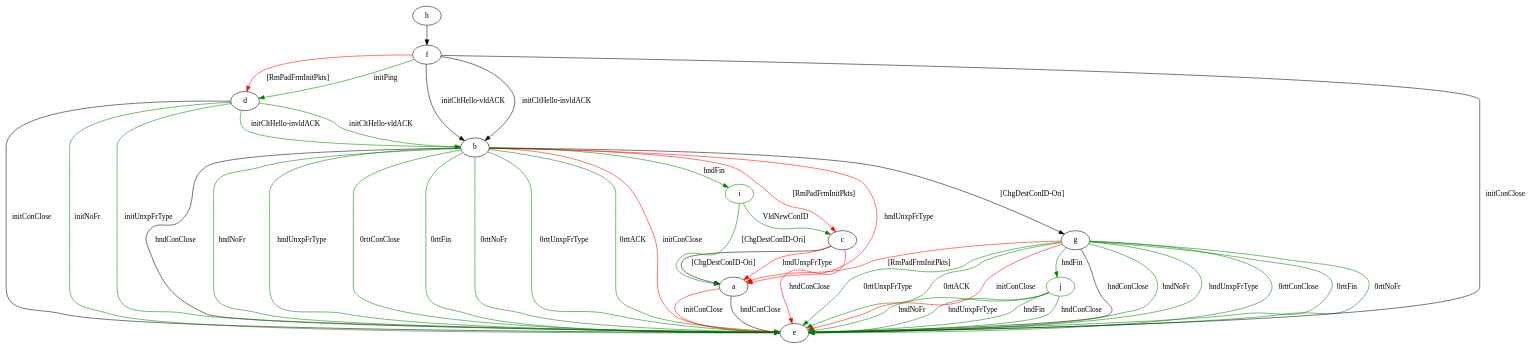
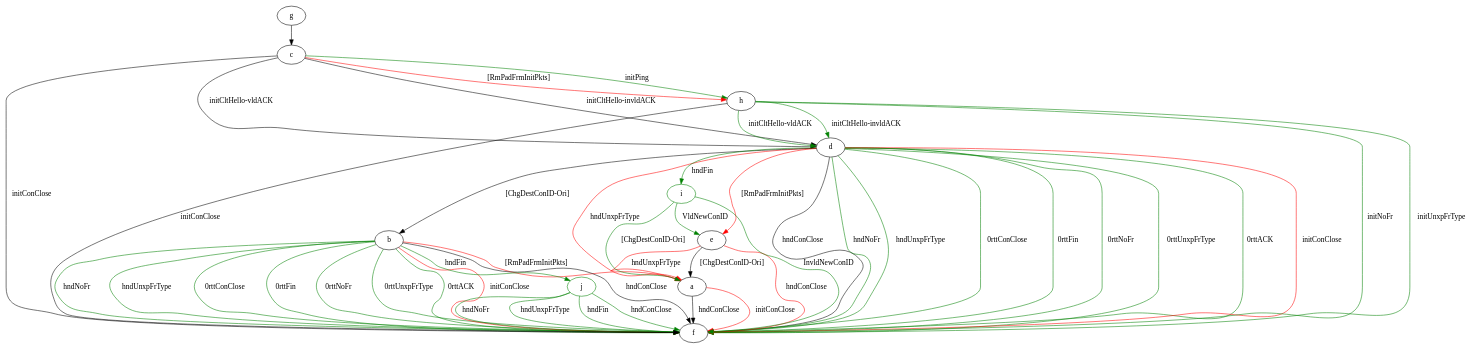
Before and after one commit to QUICTester/QUICTester: the diagram in results/quicheModels/crossCheckResults/quiche-PSK-s-0_vs_pquic-PSK-s-0.dot, drawn with Graphviz. The commit also changed 2030 other files, not shown here.

```diff
--- a/results/quicheModels/crossCheckResults/quiche-PSK-s-0_vs_pquic-PSK-s-0.dot
+++ b/results/quicheModels/crossCheckResults/quiche-PSK-s-0_vs_pquic-PSK-s-0.dot
@@ -1,131 +1,134 @@
 digraph "" {
-	a -> e	[key=0,
+	a -> f	[key=0,
 		label="hndConClose "];
-	a -> e	[key=1,
+	a -> f	[key=1,
 		color=red,
 		label="initConClose "];
 	b -> a	[key=0,
 		color=red,
-		label="hndUnxpFrType "];
-	b -> c	[key=0,
-		color=red,
 		label="[RmPadFrmInitPkts] "];
-	b -> e	[key=0,
+	b -> f	[key=0,
 		label="hndConClose "];
-	b -> e	[key=1,
+	b -> f	[key=1,
 		color=green,
 		label="hndNoFr "];
-	b -> e	[key=2,
+	b -> f	[key=2,
 		color=green,
 		label="hndUnxpFrType "];
-	b -> e	[key=3,
+	b -> f	[key=3,
 		color=green,
 		label="0rttConClose "];
-	b -> e	[key=4,
+	b -> f	[key=4,
 		color=green,
 		label="0rttFin "];
-	b -> e	[key=5,
+	b -> f	[key=5,
 		color=green,
 		label="0rttNoFr "];
-	b -> e	[key=6,
+	b -> f	[key=6,
 		color=green,
 		label="0rttUnxpFrType "];
-	b -> e	[key=7,
+	b -> f	[key=7,
 		color=green,
 		label="0rttACK "];
-	b -> e	[key=8,
-		color=red,
-		label="initConClose "];
-	b -> g	[key=0,
-		label="[ChgDestConID-Ori] "];
-	i	[color=green];
-	b -> i	[key=0,
-		color=green,
-		label="hndFin "];
-	c -> a	[key=0,
-		label="[ChgDestConID-Ori] "];
-	c -> a	[key=1,
-		color=red,
-		label="hndUnxpFrType "];
-	c -> e	[key=0,
-		color=red,
-		label="hndConClose "];
-	d -> b	[key=0,
-		color=green,
-		label="initCltHello-vldACK "];
-	d -> b	[key=1,
-		color=green,
-		label="initCltHello-invldACK "];
-	d -> e	[key=0,
-		label="initConClose "];
-	d -> e	[key=1,
-		color=green,
-		label="initNoFr "];
-	d -> e	[key=2,
-		color=green,
-		label="initUnxpFrType "];
-	f -> b	[key=0,
-		label="initCltHello-vldACK "];
-	f -> b	[key=1,
-		label="initCltHello-invldACK "];
-	f -> d	[key=0,
-		color=green,
-		label="initPing "];
-	f -> d	[key=1,
-		color=red,
-		label="[RmPadFrmInitPkts] "];
-	f -> e	[key=0,
-		label="initConClose "];
-	g -> a	[key=0,
-		color=red,
-		label="[RmPadFrmInitPkts] "];
-	g -> e	[key=0,
-		label="hndConClose "];
-	g -> e	[key=1,
-		color=green,
-		label="hndNoFr "];
-	g -> e	[key=2,
-		color=green,
-		label="hndUnxpFrType "];
-	g -> e	[key=3,
-		color=green,
-		label="0rttConClose "];
-	g -> e	[key=4,
-		color=green,
-		label="0rttFin "];
-	g -> e	[key=5,
-		color=green,
-		label="0rttNoFr "];
-	g -> e	[key=6,
-		color=green,
-		label="0rttUnxpFrType "];
-	g -> e	[key=7,
-		color=green,
-		label="0rttACK "];
-	g -> e	[key=8,
+	b -> f	[key=8,
 		color=red,
 		label="initConClose "];
 	j	[color=green];
-	g -> j	[key=0,
+	b -> j	[key=0,
 		color=green,
 		label="hndFin "];
-	h -> f	[key=0];
+	c -> d	[key=0,
+		label="initCltHello-vldACK "];
+	c -> d	[key=1,
+		label="initCltHello-invldACK "];
+	c -> f	[key=0,
+		label="initConClose "];
+	c -> h	[key=0,
+		color=green,
+		label="initPing "];
+	c -> h	[key=1,
+		color=red,
+		label="[RmPadFrmInitPkts] "];
+	d -> a	[key=0,
+		color=red,
+		label="hndUnxpFrType "];
+	d -> b	[key=0,
+		label="[ChgDestConID-Ori] "];
+	d -> e	[key=0,
+		color=red,
+		label="[RmPadFrmInitPkts] "];
+	d -> f	[key=0,
+		label="hndConClose "];
+	d -> f	[key=1,
+		color=green,
+		label="hndNoFr "];
+	d -> f	[key=2,
+		color=green,
+		label="hndUnxpFrType "];
+	d -> f	[key=3,
+		color=green,
+		label="0rttConClose "];
+	d -> f	[key=4,
+		color=green,
+		label="0rttFin "];
+	d -> f	[key=5,
+		color=green,
+		label="0rttNoFr "];
+	d -> f	[key=6,
+		color=green,
+		label="0rttUnxpFrType "];
+	d -> f	[key=7,
+		color=green,
+		label="0rttACK "];
+	d -> f	[key=8,
+		color=red,
+		label="initConClose "];
+	i	[color=green];
+	d -> i	[key=0,
+		color=green,
+		label="hndFin "];
+	e -> a	[key=0,
+		label="[ChgDestConID-Ori] "];
+	e -> a	[key=1,
+		color=red,
+		label="hndUnxpFrType "];
+	e -> f	[key=0,
+		color=red,
+		label="hndConClose "];
+	g -> c	[key=0];
+	h -> d	[key=0,
+		color=green,
+		label="initCltHello-vldACK "];
+	h -> d	[key=1,
+		color=green,
+		label="initCltHello-invldACK "];
+	h -> f	[key=0,
+		label="initConClose "];
+	h -> f	[key=1,
+		color=green,
+		label="initNoFr "];
+	h -> f	[key=2,
+		color=green,
+		label="initUnxpFrType "];
 	i -> a	[key=0,
 		color=green,
 		label="[ChgDestConID-Ori] "];
-	i -> c	[key=0,
+	i -> e	[key=0,
 		color=green,
 		label="VldNewConID "];
-	j -> e	[key=0,
+	i -> f	[key=0,
+		color=green,
+		label="InvldNewConID "];
+	j -> f	[key=0,
 		color=green,
 		label="hndFin "];
-	j -> e	[key=1,
+	j -> f	[key=1,
 		color=green,
 		label="hndConClose "];
-	j -> e	[key=2,
+	j -> f	[key=2,
 		color=green,
 		label="hndNoFr "];
-	j -> e	[key=3,
+	j -> f	[key=3,
 		color=green,
 		label="hndUnxpFrType "];
 }
```
